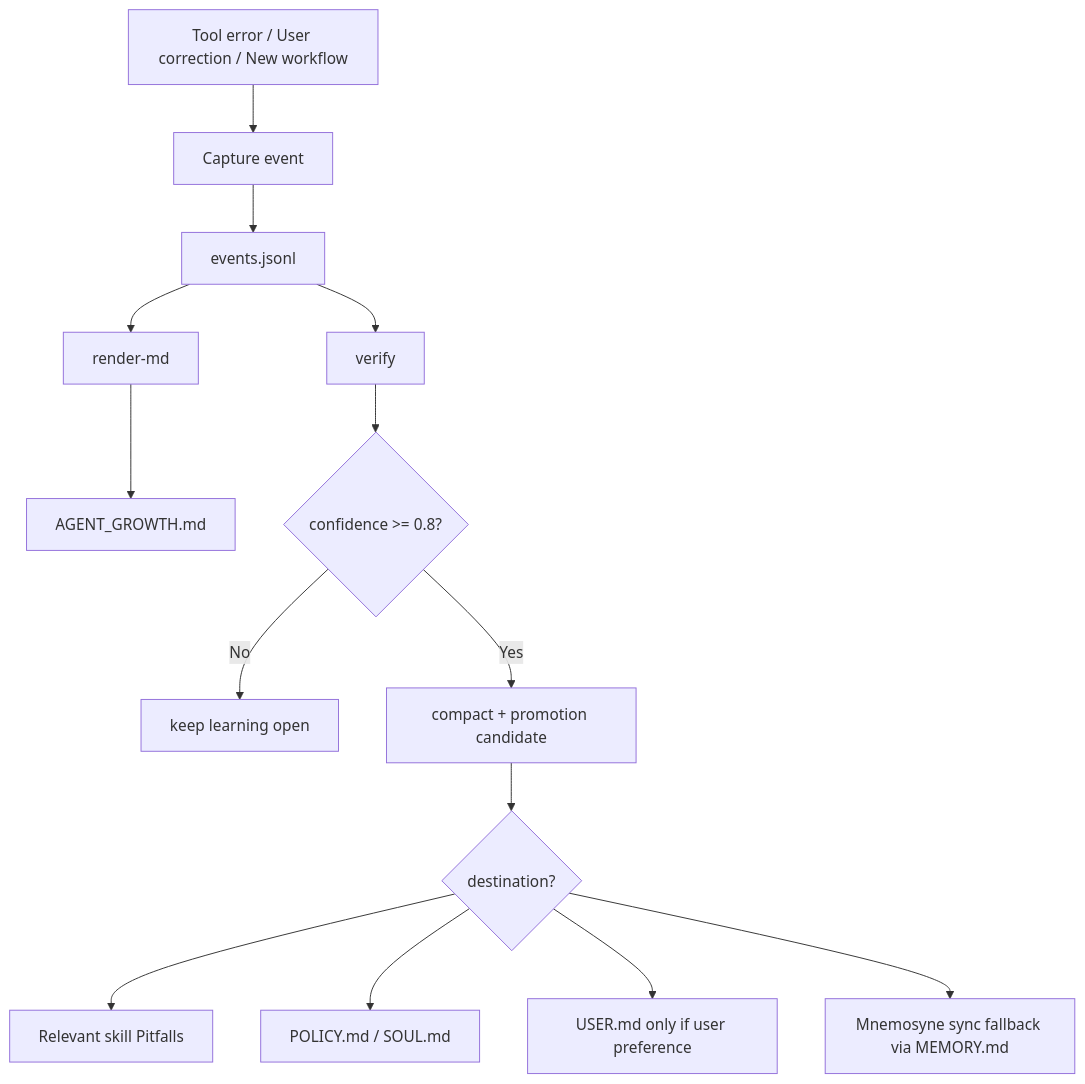
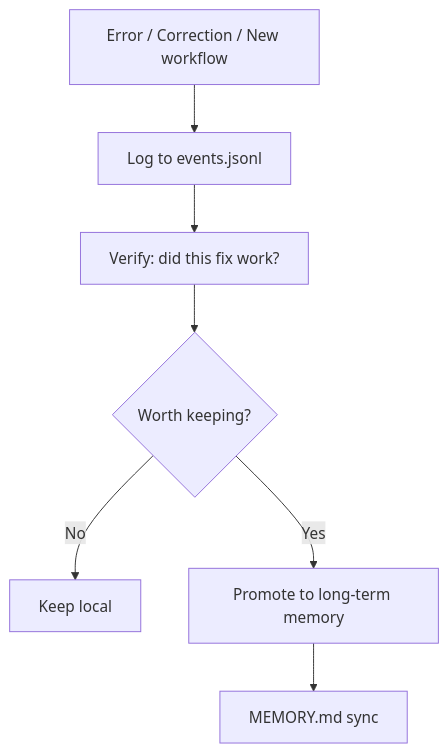
The diagram in README.md (roverdude24/agent-growth-protocol), drawn with Mermaid before and after one commit. The commit also changed other lines of this file, not shown here.

````diff
--- a/README.md
+++ b/README.md
@@ -85,16 +115,9 @@
 ```mermaid
 flowchart TD
-    A[Tool error / User correction / New workflow] --> B[Capture event]
-    B --> C[events.jsonl]
-    C --> D[render-md]
-    D --> E[AGENT_GROWTH.md]
-    C --> F[verify]
-    F --> G{confidence >= 0.8?}
-    G -->|No| H[keep learning open]
-    G -->|Yes| I[compact + promotion candidate]
-    I --> J{destination?}
-    J --> K[Relevant skill Pitfalls]
-    J --> L[POLICY.md / SOUL.md]
-    J --> M[USER.md only if user preference]
-    J --> N[Mnemosyne sync fallback via MEMORY.md]
+    A[Error / Correction / New workflow] --> B[Log to events.jsonl]
+    B --> C[Verify: did this fix work?]
+    C --> D{Worth keeping?}
+    D -->|No| E[Keep local]
+    D -->|Yes| F[Promote to long-term memory]
+    F --> G[MEMORY.md sync]
 ```
````
